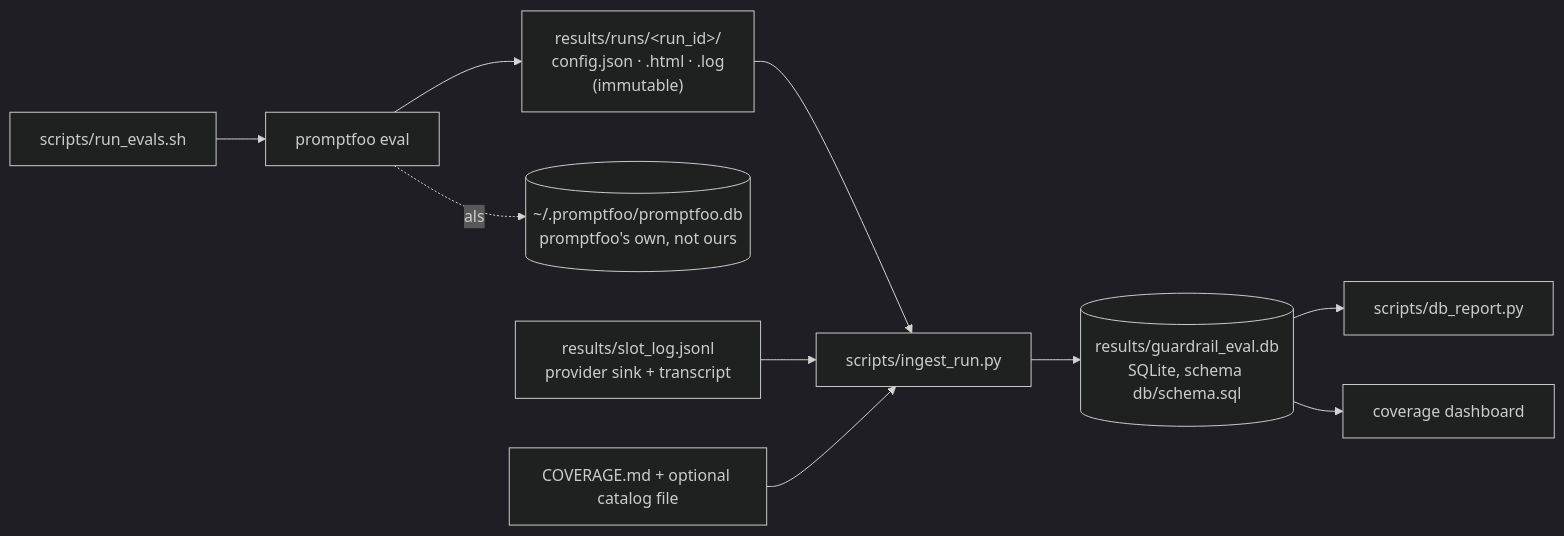
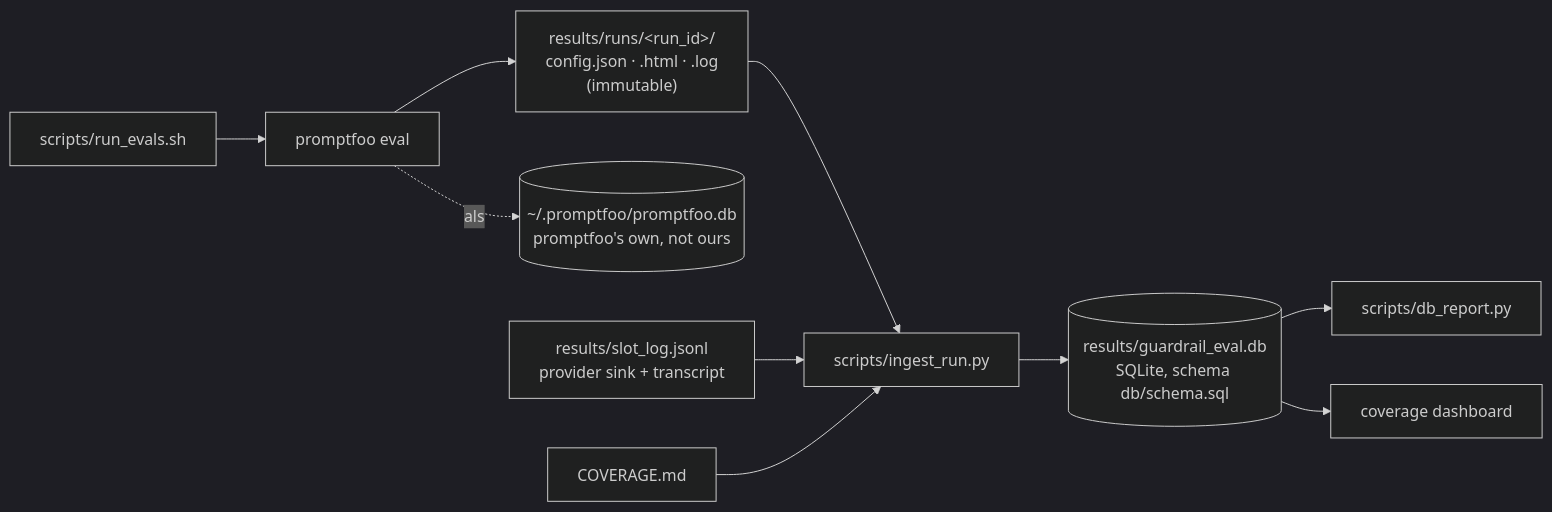
Before and after one commit to hackershmave1/guardrail-eval: the second of 2 diagrams in docs/RESULTS_DB.md, drawn with Mermaid (dark theme). The commit also changed other lines of this file and 7 other files, not shown here.

````diff
--- a/docs/RESULTS_DB.md
+++ b/docs/RESULTS_DB.md
@@ -23,12 +23,12 @@
 ```mermaid
 flowchart LR
     A["scripts/run_evals.sh"] --> B["promptfoo eval"]
     B --> C["results/runs/&lt;run_id&gt;/<br/>config.json · .html · .log<br/>(immutable)"]
     B -.also.-> P[("~/.promptfoo/promptfoo.db<br/>promptfoo's own, not ours")]
     C --> D["scripts/ingest_run.py"]
     S["results/slot_log.jsonl<br/>provider sink + transcript"] --> D
     D --> E[("results/guardrail_eval.db<br/>SQLite, schema db/schema.sql")]
-    W["COVERAGE.md + optional catalog file"] --> D
+    W["COVERAGE.md"] --> D
     E --> F["scripts/db_report.py"]
     E --> G["coverage dashboard"]
 ```
````
